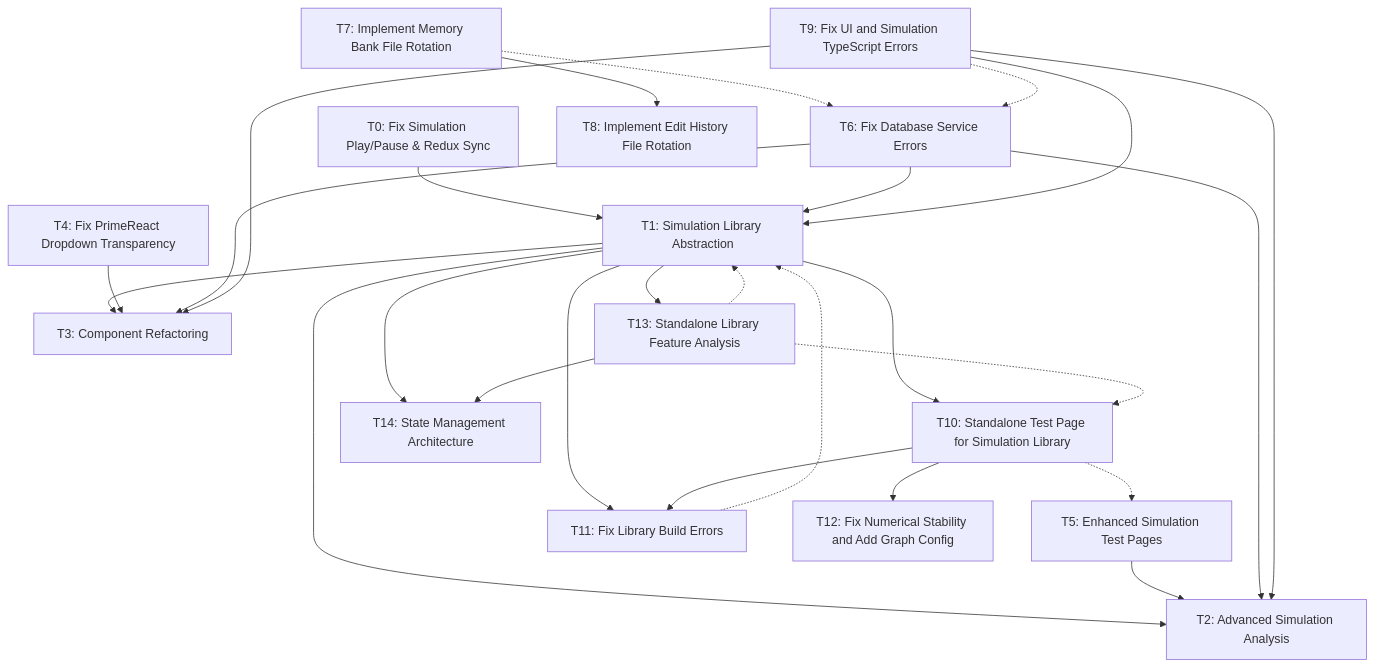
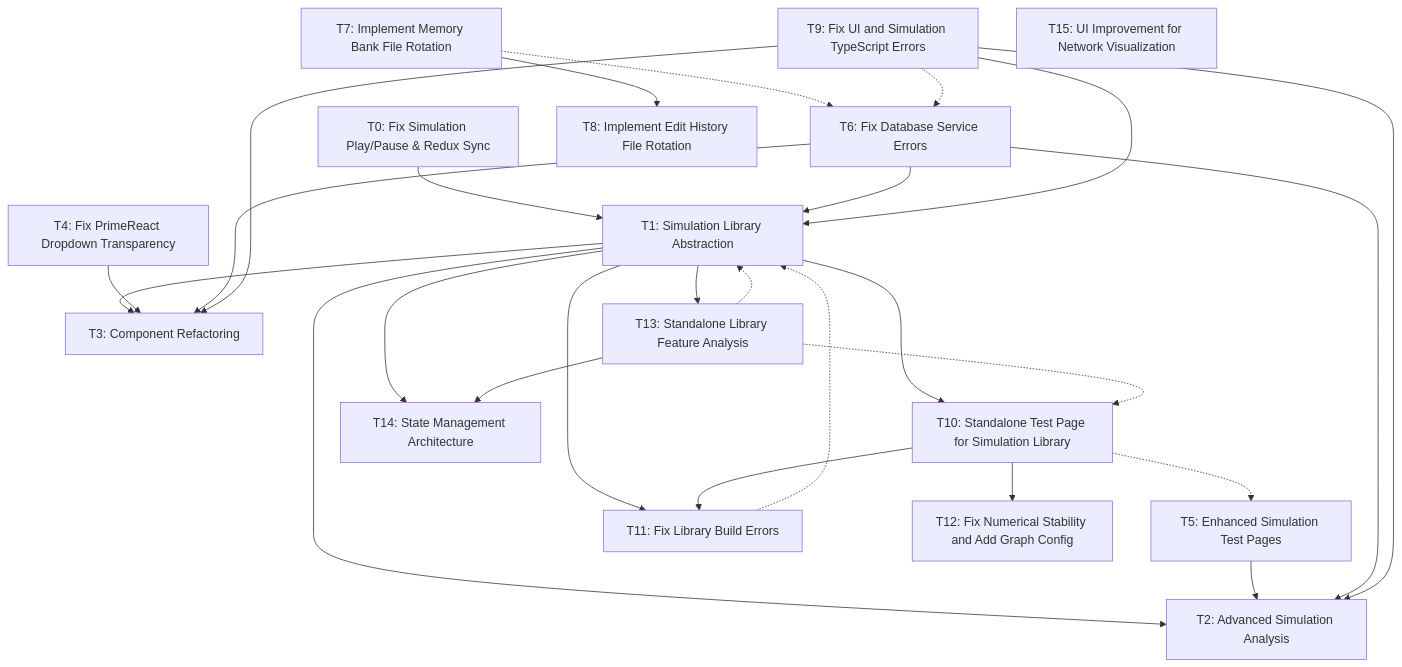
The diagram in memory-bank/tasks.md (space-cadet/spin_network_app), drawn with Mermaid before and after one commit. The commit also changed other lines of this file and 6 other files, not shown here.

First line of the commit message:
Improve UI/UX for network visualization and creation

````diff
--- a/memory-bank/tasks.md
+++ b/memory-bank/tasks.md
@@ -426,44 +462,45 @@
 ```mermaid
 graph TD
     T1[T1: Simulation Library Abstraction]
     T2[T2: Advanced Simulation Analysis]
     T3[T3: Component Refactoring]
     T0[T0: Fix Simulation Play/Pause & Redux Sync]
     T4[T4: Fix PrimeReact Dropdown Transparency]
     T5[T5: Enhanced Simulation Test Pages]
     T6[T6: Fix Database Service Errors]
     T7[T7: Implement Memory Bank File Rotation]
     T8[T8: Implement Edit History File Rotation]
     T9[T9: Fix UI and Simulation TypeScript Errors]
     T10[T10: Standalone Test Page for Simulation Library]
     T11[T11: Fix Library Build Errors]
     T12[T12: Fix Numerical Stability and Add Graph Config]
     T13[T13: Standalone Library Feature Analysis]
     T14[T14: State Management Architecture]
+    T15[T15: UI Improvement for Network Visualization]
     
     T0 --> T1
     T1 --> T2
     T1 --> T3
     T1 --> T10
     T1 --> T11
     T1 --> T13
     T1 --> T14
     T4 --> T3
     T5 --> T2
     T6 --> T1
     T6 --> T2
     T6 --> T3
     T7 -.-> T6
     T7 --> T8
     T9 --> T1
     T9 --> T2
     T9 --> T3
     T9 -.-> T6
     T10 -.-> T5
     T10 --> T11
     T10 --> T12
     T11 -.-> T1
     T13 --> T14
     T13 -.-> T1
     T13 -.-> T10
 ```
````
